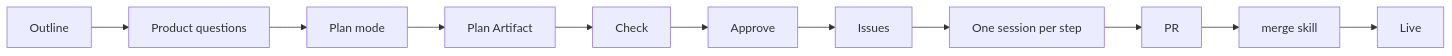
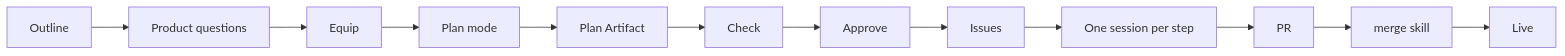
One commit to Colorado-Startups/claudius changed the diagram in plugin/skills/plan/SKILL.md. Above: the diagram before and after it, drawn with Mermaid. The commit also changed other lines of this file and 2 other files, not shown here.

First line of the commit message:
Plan skill: an Equip step that maps, picks and loads on use

````diff
--- a/plugin/skills/plan/SKILL.md
+++ b/plugin/skills/plan/SKILL.md
@@ -17,5 +17,5 @@
 ```mermaid
 flowchart LR
-  O[Outline] --> Q[Product questions] --> P[Plan mode] --> A[Plan Artifact] --> C[Check] --> Y[Approve] --> I[Issues]
+  O[Outline] --> Q[Product questions] --> E[Equip] --> P[Plan mode] --> A[Plan Artifact] --> C[Check] --> Y[Approve] --> I[Issues]
   I --> S[One session per step] --> R[PR] --> M[merge skill] --> L[Live]
 ```
````
